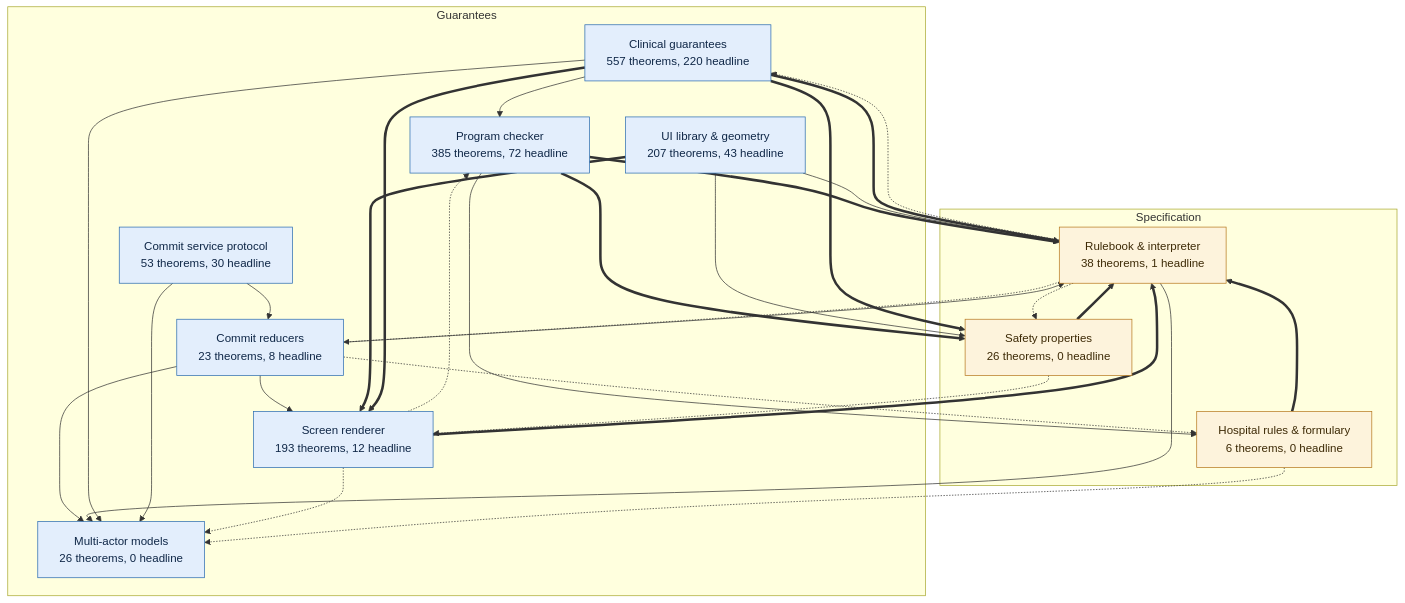
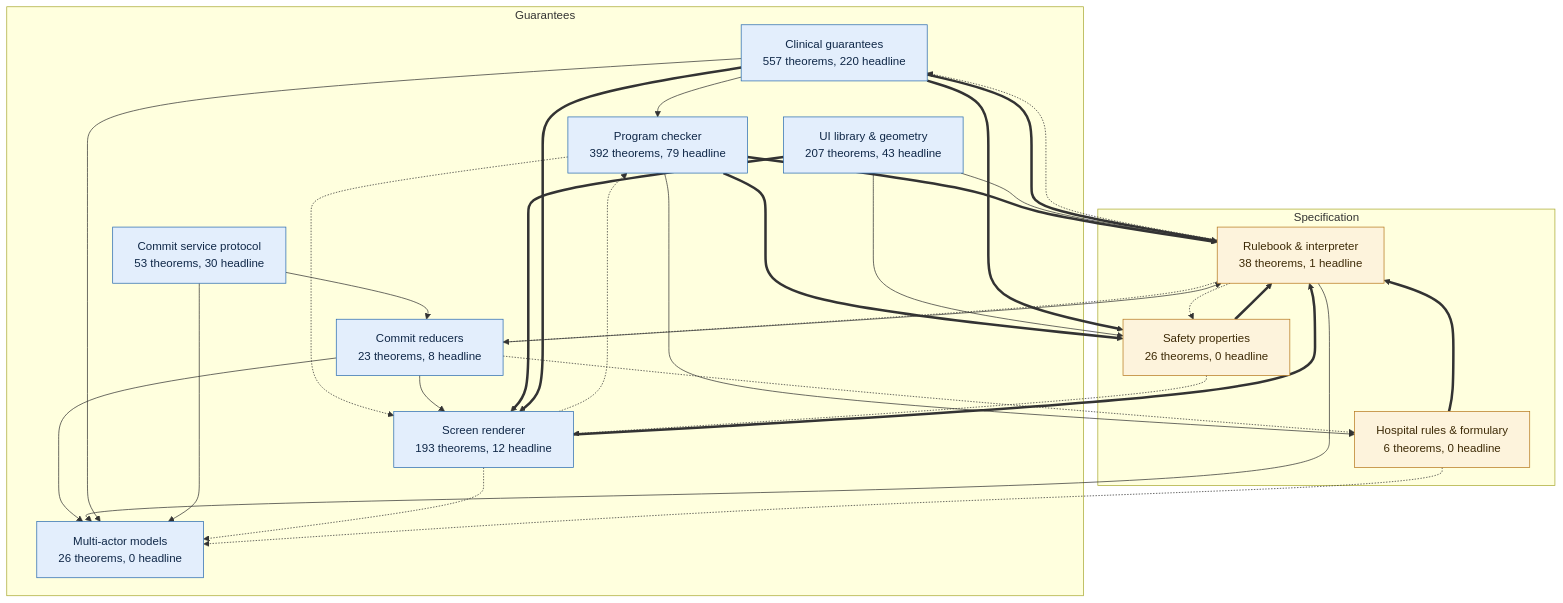
The first of 10 diagrams in docs/proof-map.md (saithat/VGI-Health), drawn with Mermaid before and after one commit. The commit also changed other lines of this file and 5 other files, not shown here.

````diff
--- a/docs/proof-map.md
+++ b/docs/proof-map.md
@@ -15,47 +15,48 @@
 ```mermaid
 flowchart TB
   subgraph guar_g["Guarantees"]
     proofs["Clinical guarantees<br/>557 theorems, 220 headline"]:::guar
-    check["Program checker<br/>385 theorems, 72 headline"]:::guar
+    check["Program checker<br/>392 theorems, 79 headline"]:::guar
     render["Screen renderer<br/>193 theorems, 12 headline"]:::guar
     layout["UI library &amp; geometry<br/>207 theorems, 43 headline"]:::guar
     commit["Commit reducers<br/>23 theorems, 8 headline"]:::guar
     protocol["Commit service protocol<br/>53 theorems, 30 headline"]:::guar
     multi["Multi-actor models<br/>26 theorems, 0 headline"]:::guar
   end
   subgraph spec_g["Specification"]
     core["Rulebook &amp; interpreter<br/>38 theorems, 1 headline"]:::spec
     props["Safety properties<br/>26 theorems, 0 headline"]:::spec
     specs["Hospital rules &amp; formulary<br/>6 theorems, 0 headline"]:::spec
   end
   check ==> core
   check ==> props
+  check -.-> render
   check --> specs
   commit --> core
   commit --> multi
   commit --> render
   commit -.-> specs
   core -.-> commit
   core --> multi
   core -.-> proofs
   core -.-> props
   layout --> core
   layout --> props
   layout ==> render
   proofs --> check
   proofs ==> core
   proofs --> multi
   proofs ==> props
   proofs ==> render
   props ==> core
   props -.-> render
   protocol --> commit
   protocol --> multi
   render -.-> check
   render ==> core
   render -.-> multi
   specs ==> core
   specs -.-> multi
   classDef spec fill:#fdf3dc,stroke:#b7791f,color:#3d2a06
   classDef guar fill:#e3eefc,stroke:#2b6cb0,color:#0f2747
 ```
````
